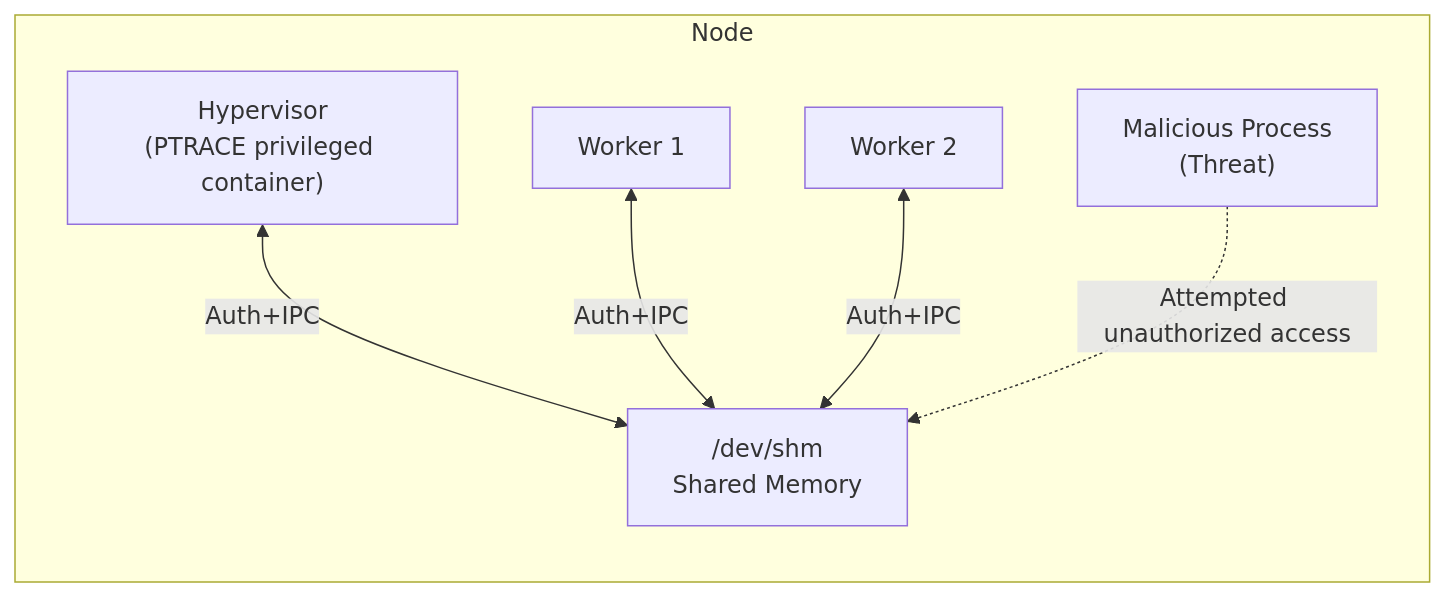
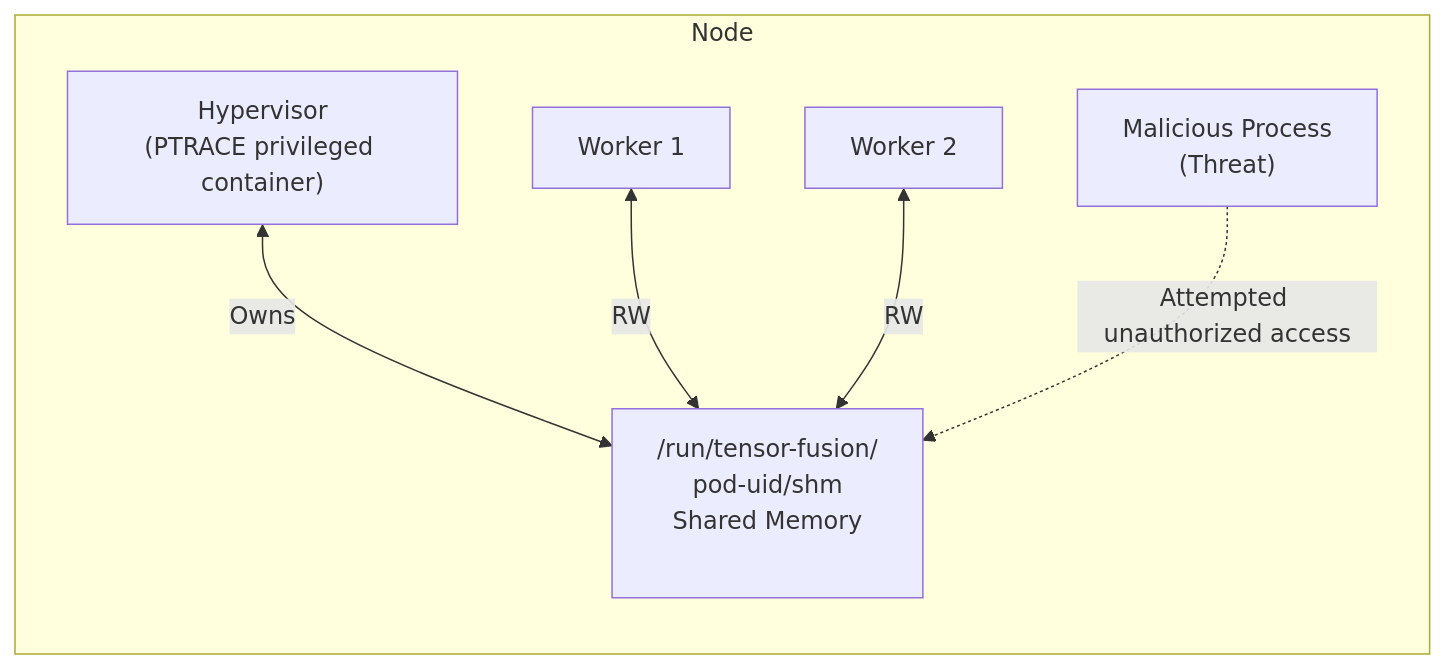
The third of 4 diagrams in docs/en/reference/security-whitepaper.md (NexusGPU/tensor-fusion-site), drawn with Mermaid before and after one commit.

Commit message:
fix: update shm path

````diff
--- a/docs/en/reference/security-whitepaper.md
+++ b/docs/en/reference/security-whitepaper.md
@@ -202,15 +202,15 @@
 ```mermaid
 graph LR
     subgraph "Node"
         Hypervisor["Hypervisor<br/>(PTRACE privileged container)"]
         Worker1["Worker 1"]
         Worker2["Worker 2"] 
-        SharedMem["/dev/shm<br/>Shared Memory"]
+        SharedMem["/run/tensor-fusion/<br/>pod-uid/shm<br/>Shared Memory<br/><br/>"]
         MaliciousProc["Malicious Process<br/>(Threat)"]
     end
     
-    Hypervisor <-->|"Auth+IPC"| SharedMem
-    Worker1 <-->|"Auth+IPC"| SharedMem  
-    Worker2 <-->|"Auth+IPC"| SharedMem
+    Hypervisor <-->|"Owns"| SharedMem
+    Worker1 <-->|"RW"| SharedMem  
+    Worker2 <-->|"RW"| SharedMem
     MaliciousProc -.->|"Attempted unauthorized access"| SharedMem
 ```
````
